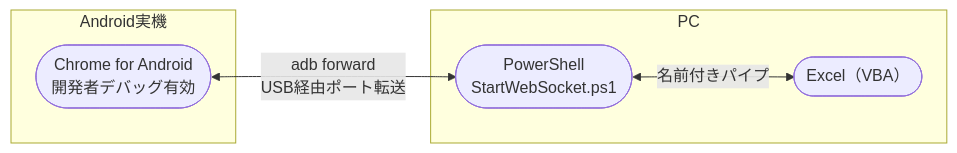
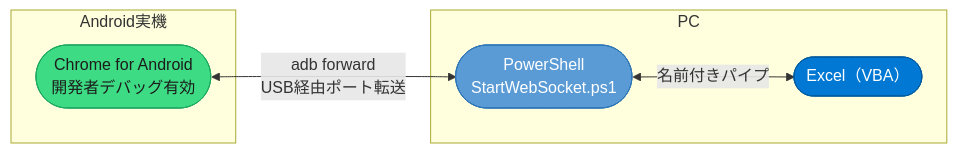
The second of 5 diagrams in Extensions/MainUnit/CDP/WebSocketViaNamedPipe/README.md (Eschamali/StarterWebScrapingKit), drawn with Mermaid before and after one commit. The commit also changed other lines of this file, not shown here.

````diff
--- a/Extensions/MainUnit/CDP/WebSocketViaNamedPipe/README.md
+++ b/Extensions/MainUnit/CDP/WebSocketViaNamedPipe/README.md
@@ -29,12 +33,16 @@
 ```mermaid
 flowchart LR
+    classDef android   fill:#3DDC84,color:#1c1c1c,stroke:#1ea862
+    classDef ps        fill:#5B9BD5,color:#fff,stroke:#2E75B6
+    classDef windows   fill:#0078D4,color:#fff,stroke:#005a9e
+
     subgraph Android実機
-        A(["Chrome for Android\n開発者デバッグ有効"])
+        A(["Chrome for Android\n開発者デバッグ有効"]):::android
     end
     subgraph PC
-        B(["PowerShell\nStartWebSocket.ps1"])
-        C(["Excel（VBA）"])
+        B(["PowerShell\nStartWebSocket.ps1"]):::ps
+        C(["Excel（VBA）"]):::windows
     end
     A <-->|"adb forward\nUSB経由ポート転送"| B
     B <-->|"名前付きパイプ"| C
 ```
````
